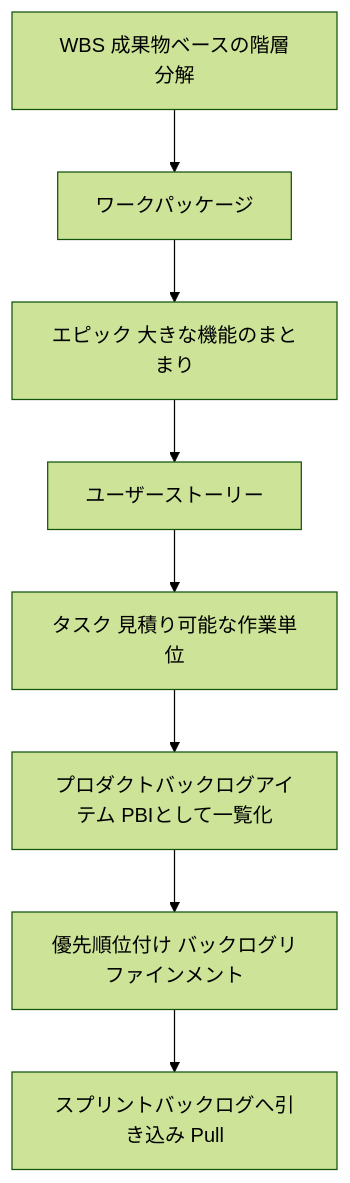
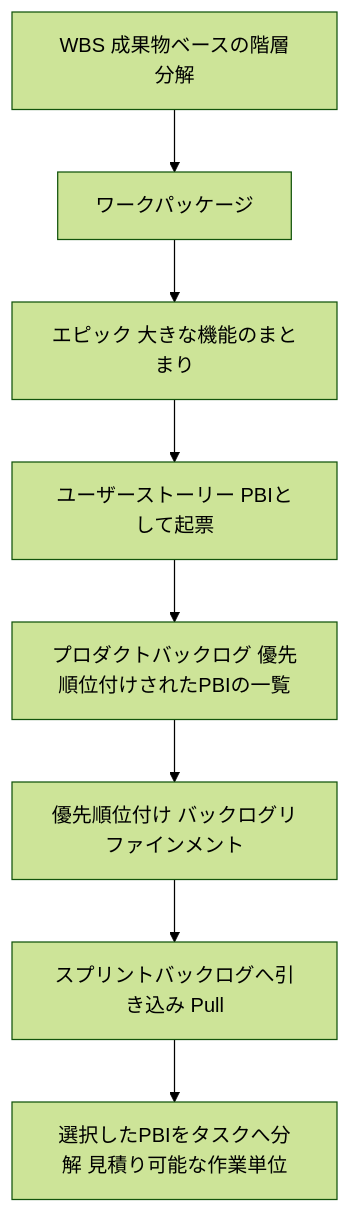
One commit to myoshi2891/Management-Team-Building-Studies changed the third of 8 diagrams in Capm-domain3-agile-frameworks-guide.md. Above: the diagram before and after it, drawn with Mermaid (forest theme). The commit also changed other lines of this file and 1 other file, not shown here.

Commit message:
fix(capm-domain3): update diagram hierarchy and standardize scrum terminology

````diff
--- a/Capm-domain3-agile-frameworks-guide.md
+++ b/Capm-domain3-agile-frameworks-guide.md
@@ -159,10 +161,10 @@
 ```mermaid
 flowchart TD
     WBS["WBS 成果物ベースの階層分解"] --> WP["ワークパッケージ"]
     WP --> EPIC["エピック 大きな機能のまとまり"]
-    EPIC --> STORY["ユーザーストーリー"]
-    STORY --> TASK["タスク 見積り可能な作業単位"]
-    TASK --> PBI["プロダクトバックログアイテム PBIとして一覧化"]
-    PBI --> REFINE["優先順位付け バックログリファインメント"]
+    EPIC --> STORY["ユーザーストーリー PBIとして起票"]
+    STORY --> PB["プロダクトバックログ 優先順位付けされたPBIの一覧"]
+    PB --> REFINE["優先順位付け バックログリファインメント"]
     REFINE --> PULL["スプリントバックログへ引き込み Pull"]
+    PULL --> TASK["選択したPBIをタスクへ分解 見積り可能な作業単位"]
 ```
````
